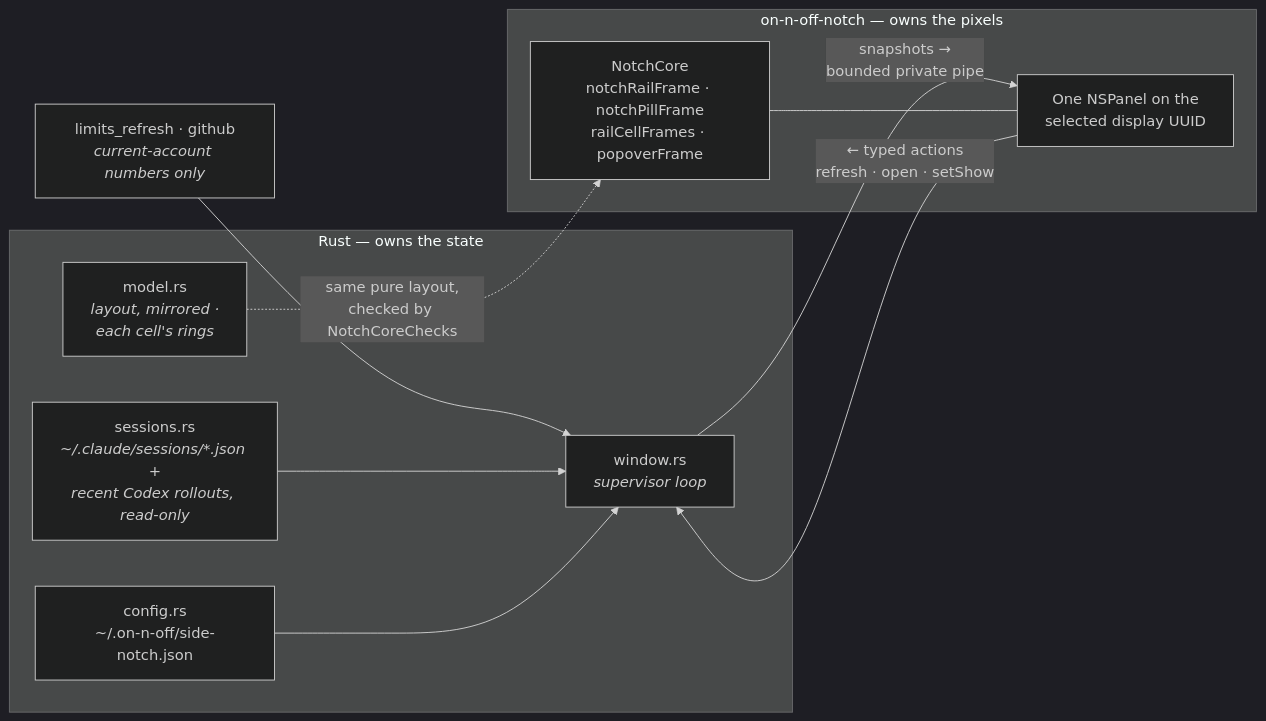
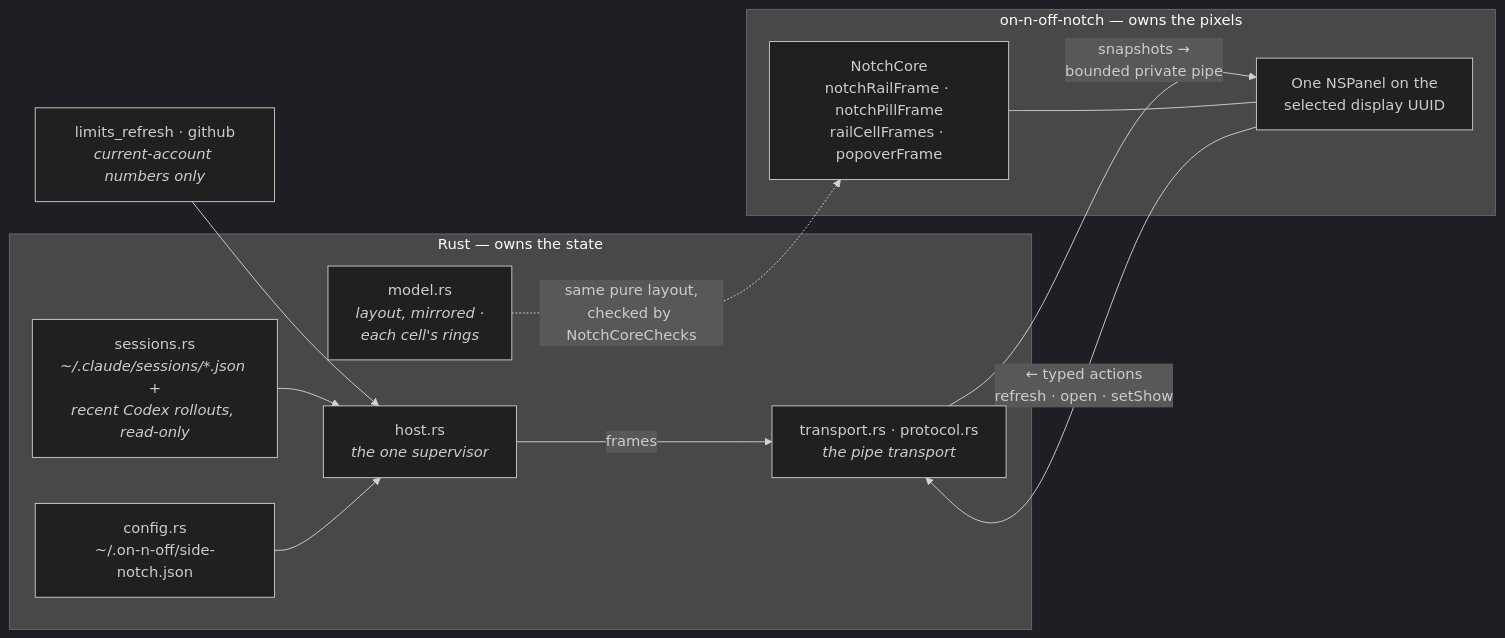
One commit to giostriquer/on-n-off changed the diagram in docs/architecture/side-notch.md. Above: the diagram before and after it, drawn with Mermaid (dark theme). The commit also changed other lines of this file and 38 other files, not shown here.

First line of the commit message:
refactor: one side-notch host drives both platforms through a transport seam, and Windows now follows shared-read revisions (#83)

````diff
--- a/docs/architecture/side-notch.md
+++ b/docs/architecture/side-notch.md
@@ -13,24 +62,26 @@
 ```mermaid
 flowchart LR
     subgraph rust["Rust — owns the state"]
         cfg["config.rs<br/>~/.on-n-off/side-notch.json"]
-        win["window.rs<br/><i>supervisor loop</i>"]
+        host["host.rs<br/><i>the one supervisor</i>"]
+        pipe["transport.rs · protocol.rs<br/><i>the pipe transport</i>"]
         sess["sessions.rs<br/><i>~/.claude/sessions/*.json +<br/>recent Codex rollouts, read-only</i>"]
         model["model.rs<br/><i>layout, mirrored ·<br/>each cell's rings</i>"]
     end
 
     subgraph helper["on-n-off-notch — owns the pixels"]
         core["NotchCore<br/>notchRailFrame · notchPillFrame<br/>railCellFrames · popoverFrame"]
         panel["One NSPanel on the<br/>selected display UUID"]
     end
 
     reads["limits_refresh · github<br/><i>current-account numbers only</i>"]
 
-    reads --> win
-    sess --> win
-    cfg --> win
-    win -->|"snapshots →<br/>bounded private pipe"| panel
-    panel -->|"← typed actions<br/>refresh · open · setShow"| win
+    reads --> host
+    sess --> host
+    cfg --> host
+    host -->|frames| pipe
+    pipe -->|"snapshots →<br/>bounded private pipe"| panel
+    panel -->|"← typed actions<br/>refresh · open · setShow"| pipe
     core --- panel
     model -.->|"same pure layout,<br/>checked by NotchCoreChecks"| core
 ```
````
